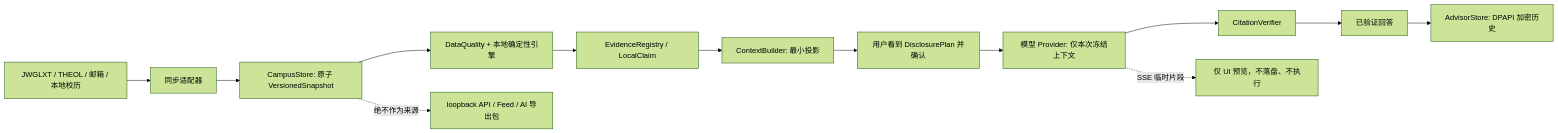
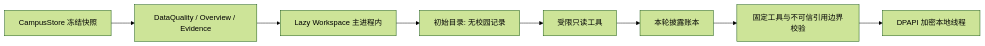
Before and after one commit to bakahuiii/THEIA: the diagram in docs/ai/19-p6-data-flow-and-open-agent.md, drawn with Mermaid (forest theme). The commit also changed other lines of this file and 210 other files, not shown here.

````diff
--- a/docs/ai/19-p6-data-flow-and-open-agent.md
+++ b/docs/ai/19-p6-data-flow-and-open-agent.md
@@ -27,15 +9,10 @@
 ```mermaid
 flowchart LR
-  A["JWGLXT / THEOL / 邮箱 / 本地校历"] --> B["同步适配器"]
-  B --> C["CampusStore: 原子 VersionedSnapshot"]
-  C --> D["DataQuality + 本地确定性引擎"]
-  D --> E["EvidenceRegistry / LocalClaim"]
-  E --> F["ContextBuilder: 最小投影"]
-  F --> G["用户看到 DisclosurePlan 并确认"]
-  G --> H["模型 Provider: 仅本次冻结上下文"]
-  H --> I["CitationVerifier"]
-  I --> J["已验证回答"]
-  J --> K["AdvisorStore: DPAPI 加密历史"]
-  H -. "SSE 临时片段" .-> L["仅 UI 预览，不落盘、不执行"]
-  C -. "绝不作为来源" .-> M["loopback API / Feed / AI 导出包"]
+  A["CampusStore 冻结快照"] --> B["DataQuality / Overview / Evidence"]
+  B --> C["Lazy Workspace 主进程内"]
+  C --> D["初始目录: 无校园记录"]
+  D --> E["受限只读工具"]
+  E --> F["本轮披露账本"]
+  F --> G["固定工具与不可信引用边界校验"]
+  G --> H["DPAPI 加密本地线程"]
 ```
````
